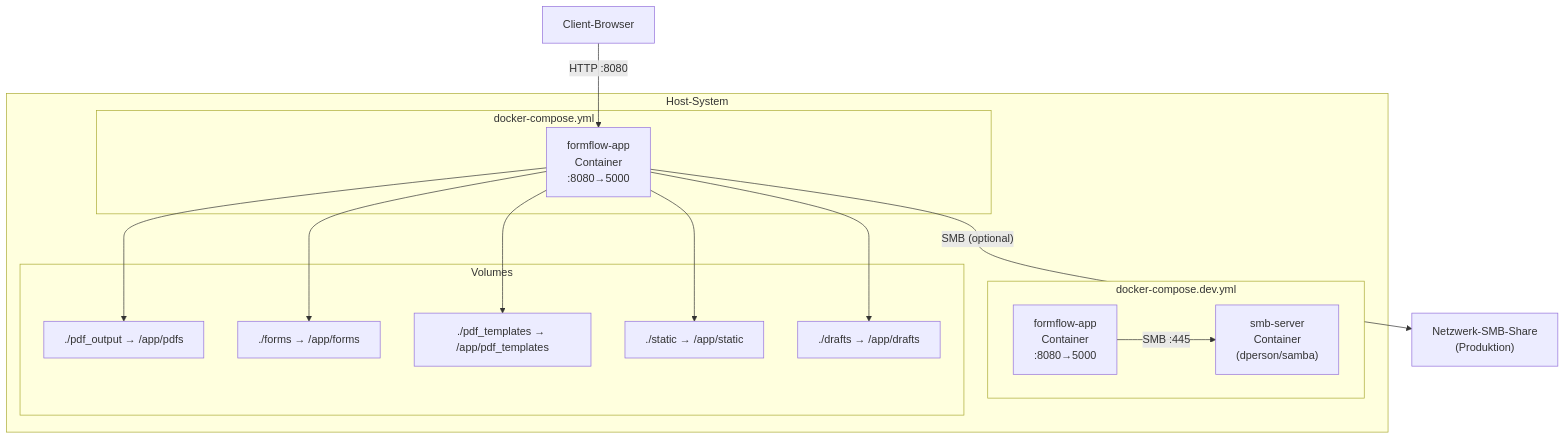
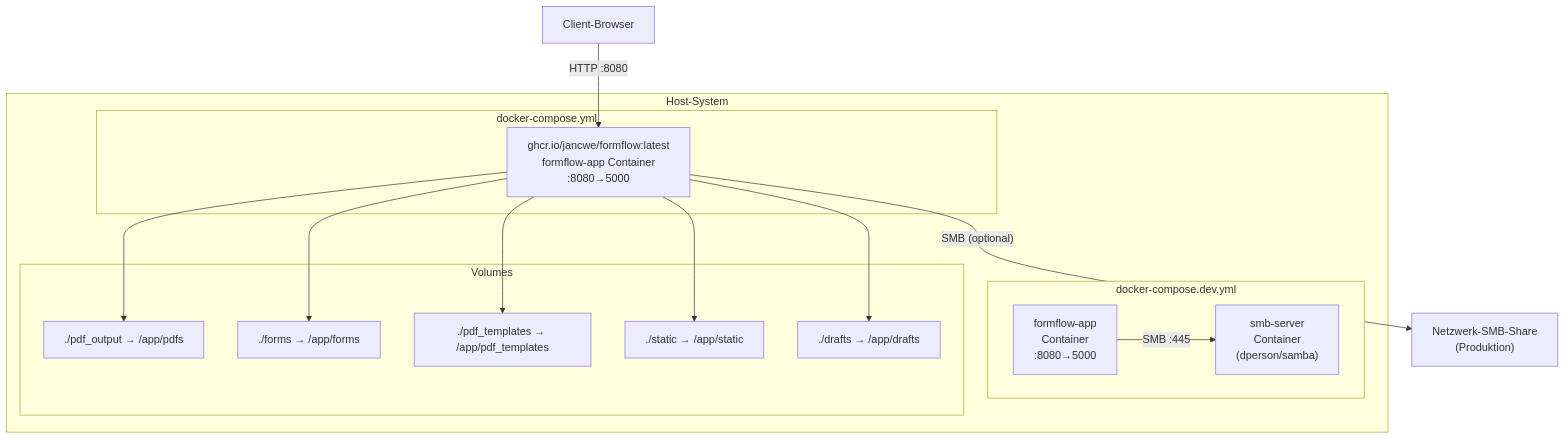
The fourth of 7 diagrams in wiki/Architektur.md (jancwe/formflow), drawn with Mermaid before and after one commit. The commit also changed other lines of this file and 3 other files, not shown here.

````diff
--- a/wiki/Architektur.md
+++ b/wiki/Architektur.md
@@ -220,33 +220,33 @@
 ```mermaid
 graph TD
     subgraph Host-System
         subgraph Produktions-Stack["docker-compose.yml"]
-            AppProd["formflow-app\nContainer\n:8080→5000"]
+            AppProd["ghcr.io/jancwe/formflow:latest\nformflow-app Container\n:8080→5000"]
         end
 
         subgraph Dev-Stack["docker-compose.dev.yml"]
             AppDev["formflow-app\nContainer\n:8080→5000"]
             SmbDev["smb-server\nContainer\n(dperson/samba)"]
             AppDev -- "SMB :445" --> SmbDev
         end
 
         subgraph Volumes
             V1["./pdf_output → /app/pdfs"]
             V2["./forms → /app/forms"]
             V3["./pdf_templates → /app/pdf_templates"]
             V4["./static → /app/static"]
             V5["./drafts → /app/drafts"]
         end
     end
 
     Client["Client-Browser"]
     NetSMB["Netzwerk-SMB-Share\n(Produktion)"]
 
     Client -- "HTTP :8080" --> AppProd
     AppProd --> V1
     AppProd --> V2
     AppProd --> V3
     AppProd --> V4
     AppProd --> V5
     AppProd -- "SMB (optional)" --> NetSMB
 ```
````
